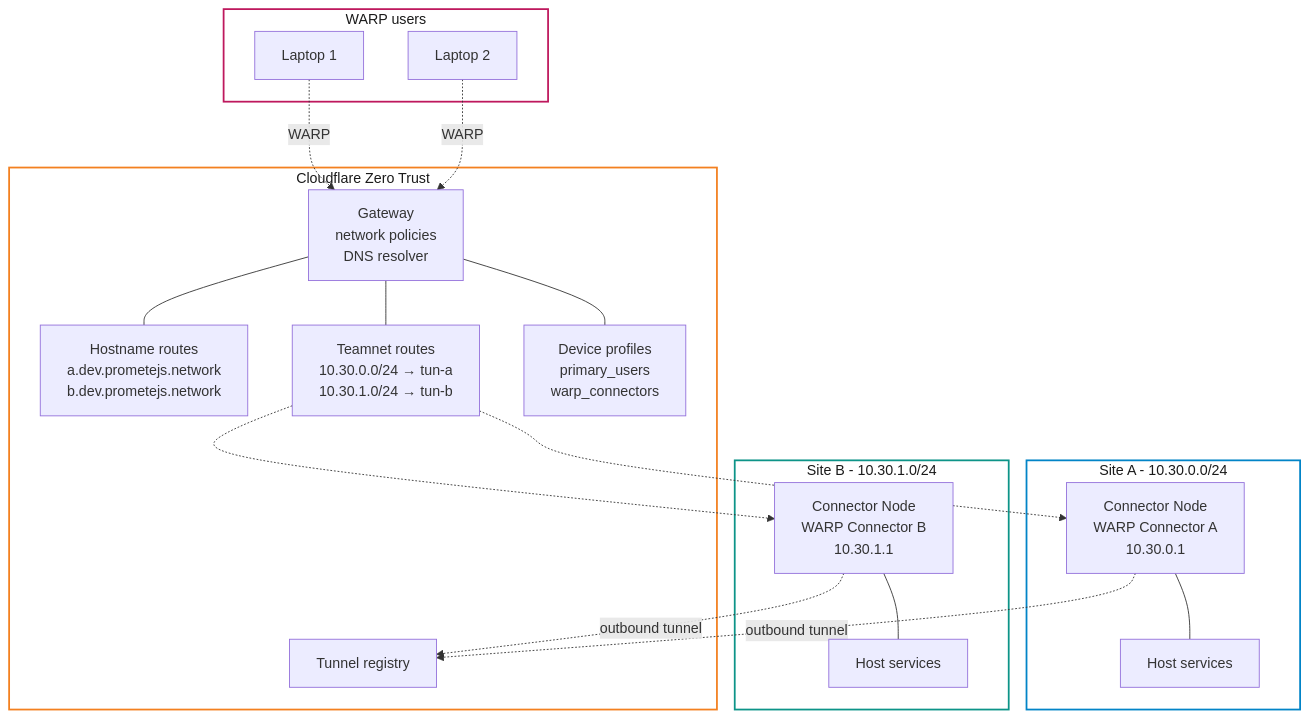
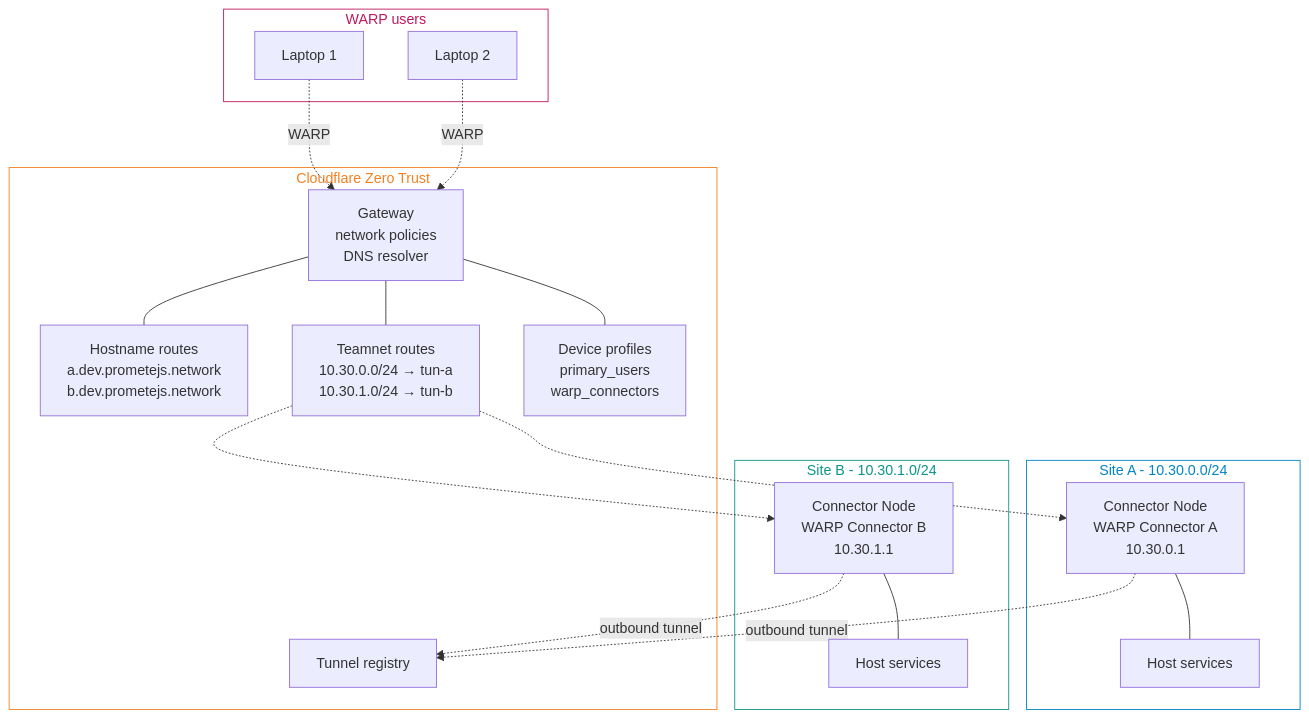
Before and after one commit to prometejs/cf-mesh-terraform-infra: the second of 3 diagrams in README.md, drawn with Mermaid.

Commit message:
facelift

````diff
--- a/README.md
+++ b/README.md
@@ -40,47 +40,47 @@
 ```mermaid
 flowchart TB
     subgraph CF[Cloudflare Zero Trust]
         GW[Gateway<br/>network policies<br/>DNS resolver]
         TREG[Tunnel registry]
         HRR[Hostname routes<br/>a.dev.prometejs.network<br/>b.dev.prometejs.network]
         TRR[Teamnet routes<br/>10.30.0.0/24 → tun-a<br/>10.30.1.0/24 → tun-b]
         PROF[Device profiles<br/>primary_users<br/>warp_connectors]
     end
 
     subgraph SA[Site A - 10.30.0.0/24]
         CA[Connector Node<br/>WARP Connector A<br/>10.30.0.1]
         HOSTA[Host services]
         CA --- HOSTA
     end
 
     subgraph SB[Site B - 10.30.1.0/24]
         CB[Connector Node<br/>WARP Connector B<br/>10.30.1.1]
         HOSTB[Host services]
         CB --- HOSTB
     end
 
     subgraph USERS[WARP users]
         U1[Laptop 1]
         U2[Laptop 2]
     end
 
     CA -.outbound tunnel.-> TREG
     CB -.outbound tunnel.-> TREG
     U1 -.WARP.-> GW
     U2 -.WARP.-> GW
     GW --- PROF
     GW --- HRR
     GW --- TRR
     TRR -.-> CA
     TRR -.-> CB
 
-    classDef cfStyle fill:transparent,stroke:#f38020,stroke-width:2px,color:#1a1a1a
-    classDef siteAStyle fill:transparent,stroke:#0284c7,stroke-width:2px,color:#1a1a1a
-    classDef siteBStyle fill:transparent,stroke:#0d9488,stroke-width:2px,color:#1a1a1a
-    classDef usersStyle fill:transparent,stroke:#be185d,stroke-width:2px,color:#1a1a1a
+    classDef cfStyle fill:transparent,stroke:#f38020,stroke-width:1px,color:#f38020
+    classDef siteAStyle fill:transparent,stroke:#0284c7,stroke-width:1px,color:#0284c7
+    classDef siteBStyle fill:transparent,stroke:#0d9488,stroke-width:1px,color:#0d9488
+    classDef usersStyle fill:transparent,stroke:#be185d,stroke-width:1px,color:#be185d
 
     class CF cfStyle
     class SA siteAStyle
     class SB siteBStyle
     class USERS usersStyle
 ```
````
